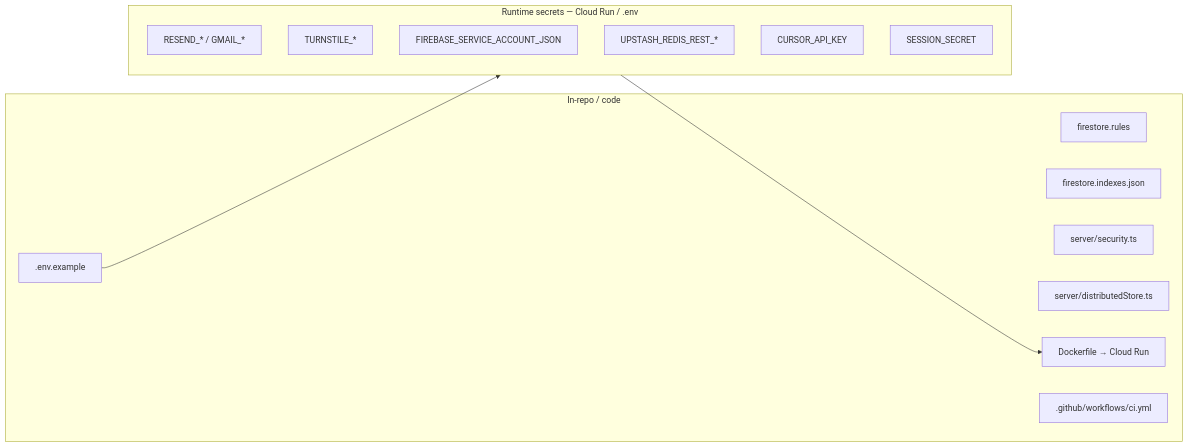
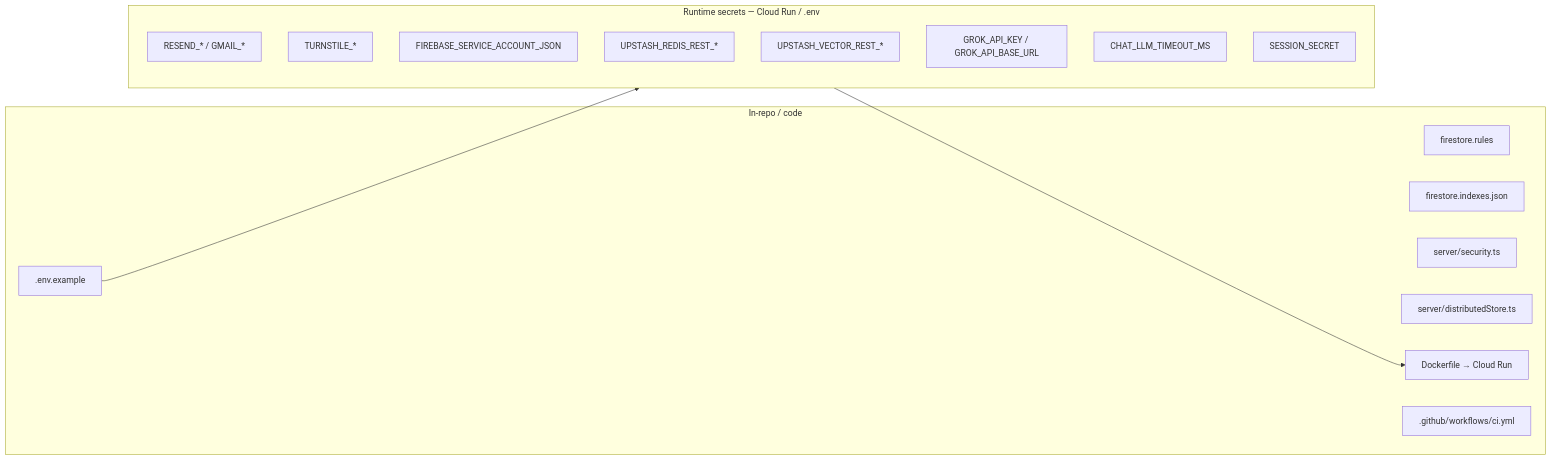
Before and after one commit to mosufyan/sufyan-portfolio: the second of 5 diagrams in docs/EXTERNAL_TOOLS_AND_COSTS.md, drawn with Mermaid. The commit also changed other lines of this file and 78 other files, not shown here.

First line of the commit message:
feat: ship Grok+Vector chat, CI security gates, and v1.0.0 hardening

````diff
--- a/docs/EXTERNAL_TOOLS_AND_COSTS.md
+++ b/docs/EXTERNAL_TOOLS_AND_COSTS.md
@@ -85,24 +88,26 @@
 ```mermaid
 flowchart LR
   subgraph Repo["In-repo / code"]
     Env[.env.example]
     Rules[firestore.rules]
     Idx[firestore.indexes.json]
     Sec[server/security.ts]
     Dist[server/distributedStore.ts]
     Docker[Dockerfile → Cloud Run]
     CI[.github/workflows/ci.yml]
   end
 
   subgraph Secrets["Runtime secrets — Cloud Run / .env"]
     MailKeys[RESEND_* / GMAIL_*]
     TS[TURNSTILE_*]
     FB[FIREBASE_SERVICE_ACCOUNT_JSON]
     RedisKeys[UPSTASH_REDIS_REST_*]
-    CursorKey[CURSOR_API_KEY]
+    VectorKeys[UPSTASH_VECTOR_REST_*]
+    GrokKey[GROK_API_KEY / GROK_API_BASE_URL]
+    ChatTimeout[CHAT_LLM_TIMEOUT_MS]
     Sess[SESSION_SECRET]
   end
 
   Env --> Secrets
   Secrets --> Docker
 ```
````
